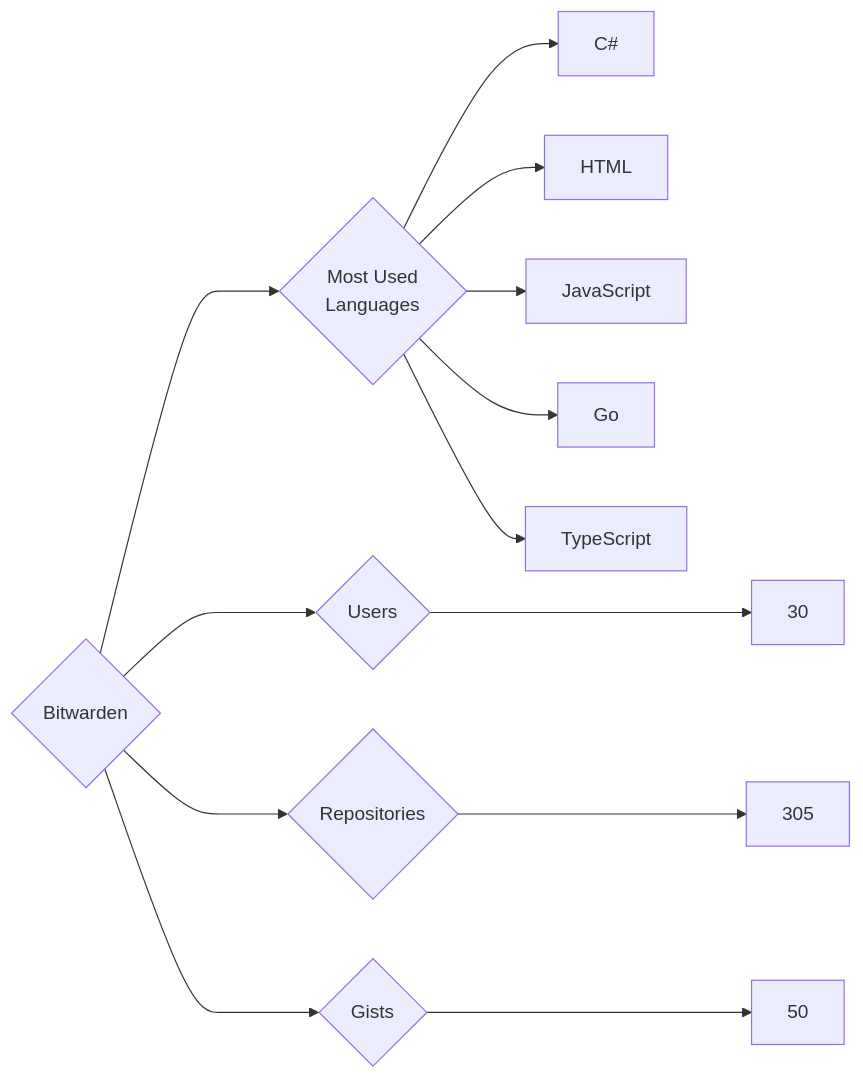
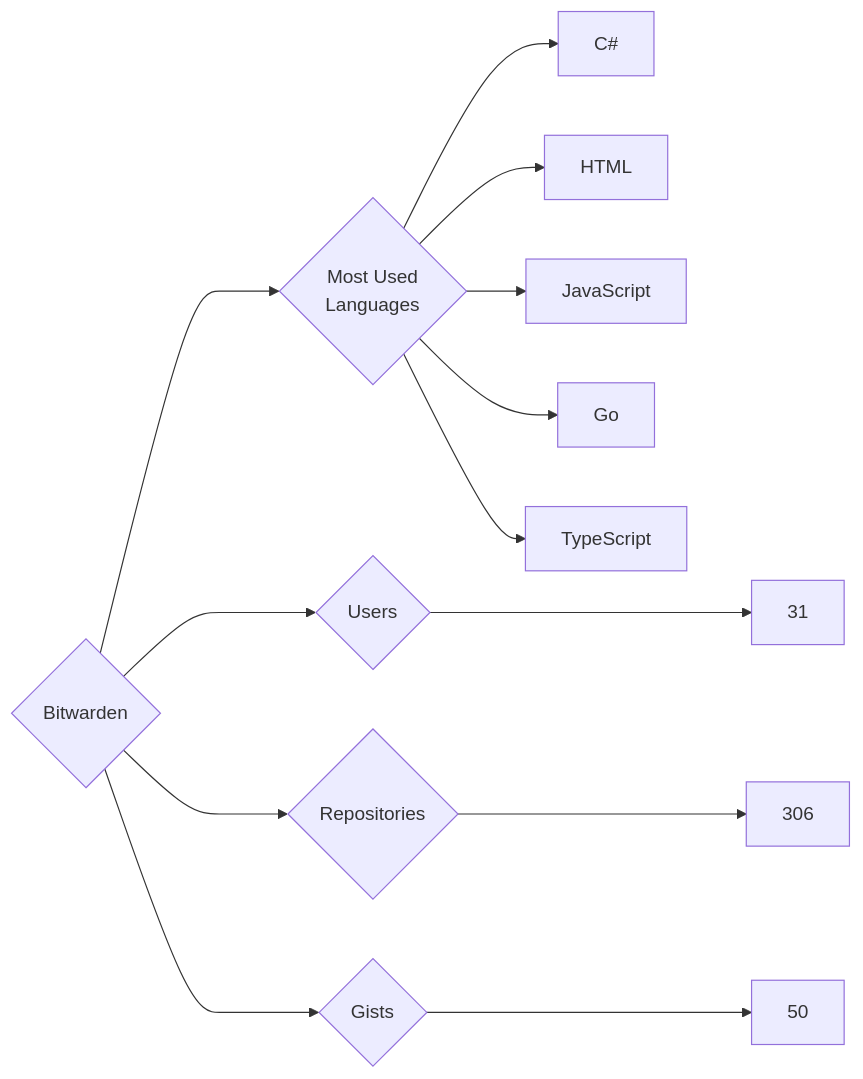
The diagram in targets/Bitwarden/README.md (trickest/insiders), drawn with Mermaid before and after one commit. The commit also changed 873 other files, not shown here.

````diff
--- a/targets/Bitwarden/README.md
+++ b/targets/Bitwarden/README.md
@@ -3,13 +3,13 @@
 ```mermaid
 graph LR
 COMPANY_NAME{Bitwarden}
-COMPANY_NAME ---> U{Users} ---> UN[30]
-COMPANY_NAME ---> R{Repositories} ---> RN[305]
+COMPANY_NAME ---> U{Users} ---> UN[31]
+COMPANY_NAME ---> R{Repositories} ---> RN[306]
 COMPANY_NAME ---> G{Gists} ---> GN[50]
 COMPANY_NAME ---> ML{Most Used<br>Languages}
 ML --> C#[C#]
 ML --> HTML[HTML]
 ML --> JavaScript[JavaScript]
 ML --> Go[Go]
 ML --> TypeScript[TypeScript]
 ```
````
